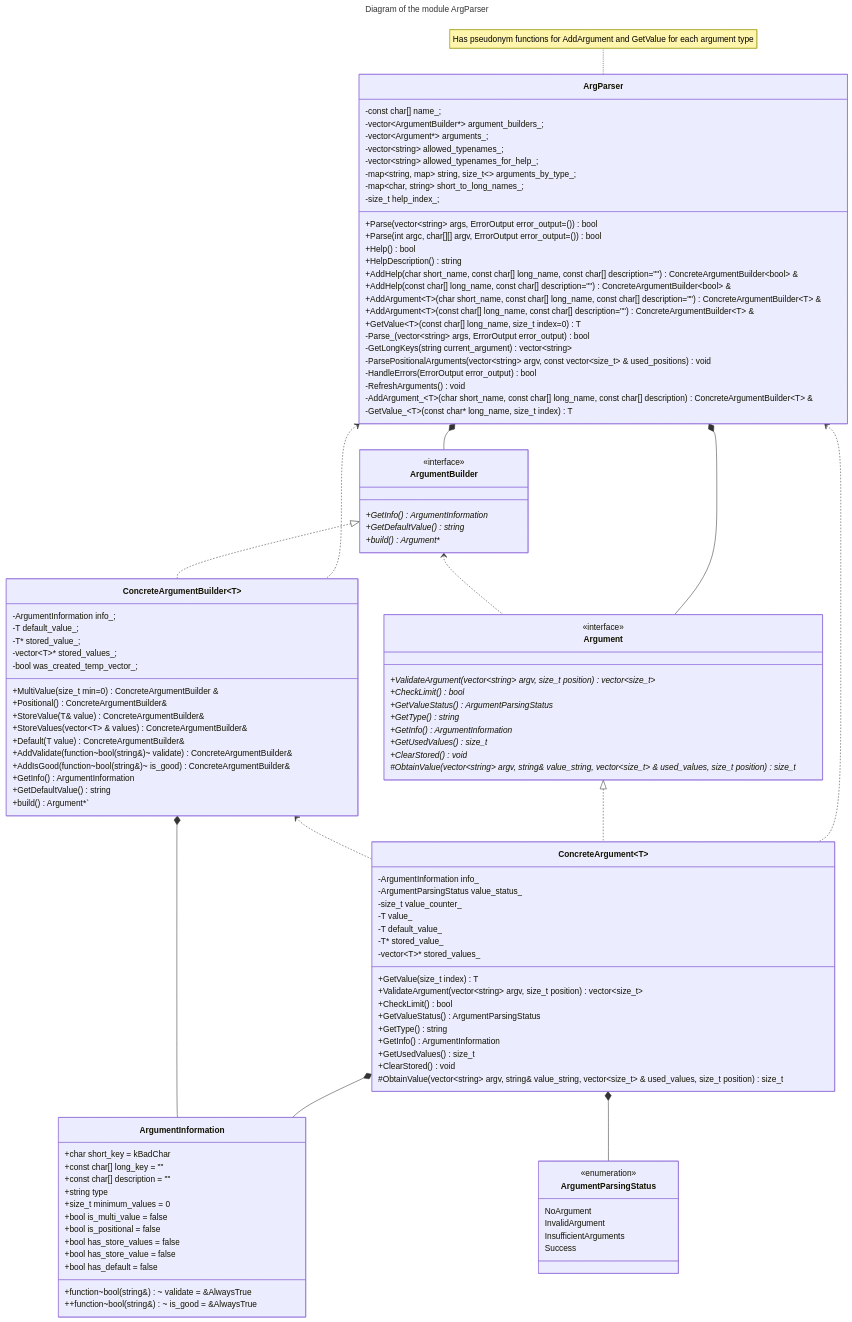
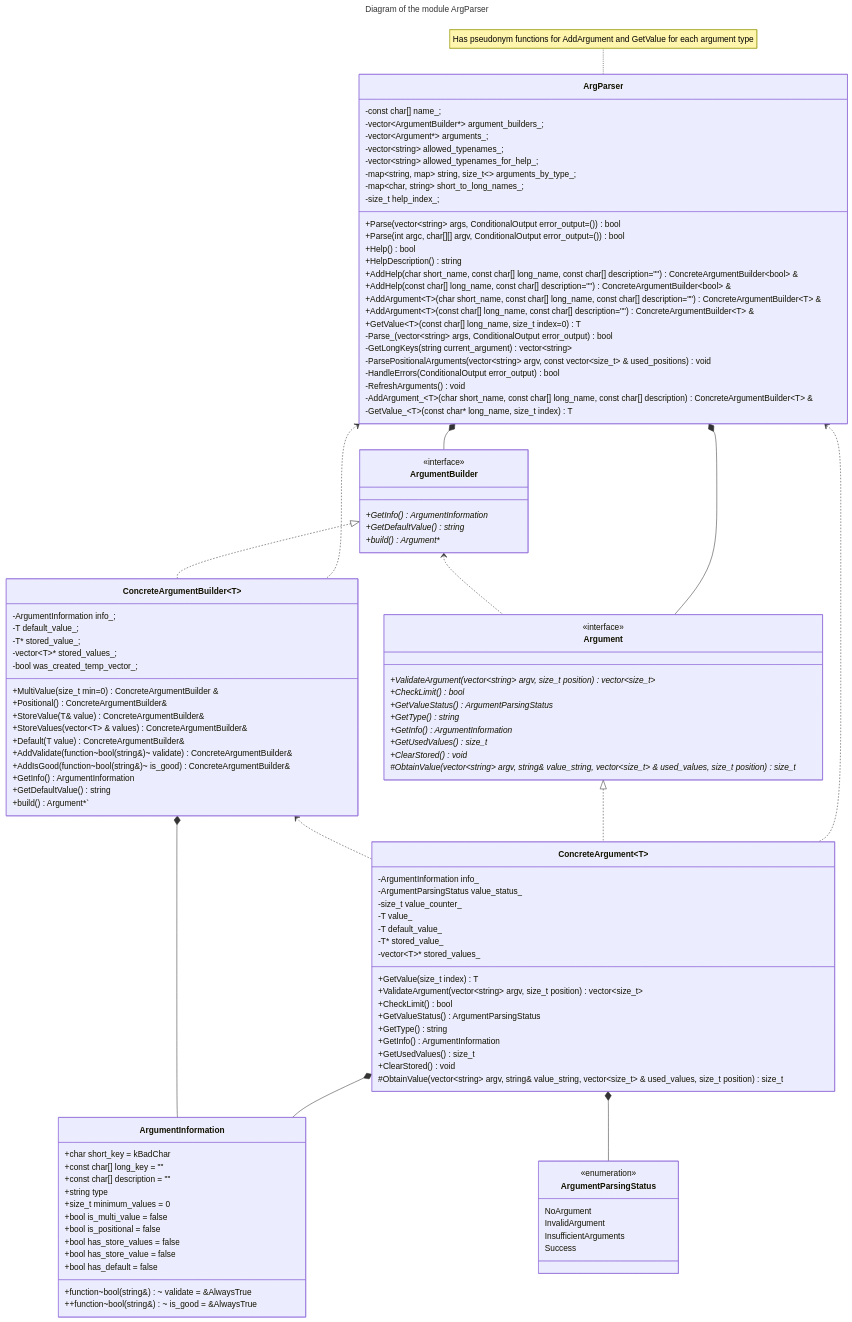
One commit to bialger/weather-forecast changed the fourth of 4 diagrams in docs/dev/architecture.md. Above: the diagram before and after it, drawn with Mermaid. The commit also changed other lines of this file, not shown here.

Commit message:
Updated project architecture

```diff
--- a/docs/dev/architecture.md
+++ b/docs/dev/architecture.md
@@ -326,8 +356,8 @@
         -map~string, map~ string, size_t~~ arguments_by_type_;
         -map~char, string~ short_to_long_names_;
         -size_t help_index_;
-        +Parse(vector~string~ args, ErrorOutput error_output=()) bool
-        +Parse(int argc, char[][] argv, ErrorOutput error_output=()) bool
+        +Parse(vector~string~ args, ConditionalOutput error_output=()) bool
+        +Parse(int argc, char[][] argv, ConditionalOutput error_output=()) bool
         +Help() bool
         +HelpDescription() string
         +AddHelp(char short_name, const char[] long_name, const char[] description="") ConcreteArgumentBuilder~bool~ &
@@ -335,10 +365,10 @@
         +AddArgument~T~(char short_name, const char[] long_name, const char[] description="") ConcreteArgumentBuilder~T~ &
         +AddArgument~T~(const char[] long_name, const char[] description="") ConcreteArgumentBuilder~T~ &
         +GetValue~T~(const char[] long_name, size_t index=0) T
-        -Parse_(vector~string~ args, ErrorOutput error_output) bool
+        -Parse_(vector~string~ args, ConditionalOutput error_output) bool
         -GetLongKeys(string current_argument) vector~string~
         -ParsePositionalArguments(vector~string~ argv, const vector~size_t~ & used_positions) void
-        -HandleErrors(ErrorOutput error_output) bool
+        -HandleErrors(ConditionalOutput error_output) bool
         -RefreshArguments() void
         -AddArgument_~T~(char short_name, const char[] long_name, const char[] description) ConcreteArgumentBuilder~T~ &
         -GetValue_~T~(const char* long_name, size_t index) T
```
